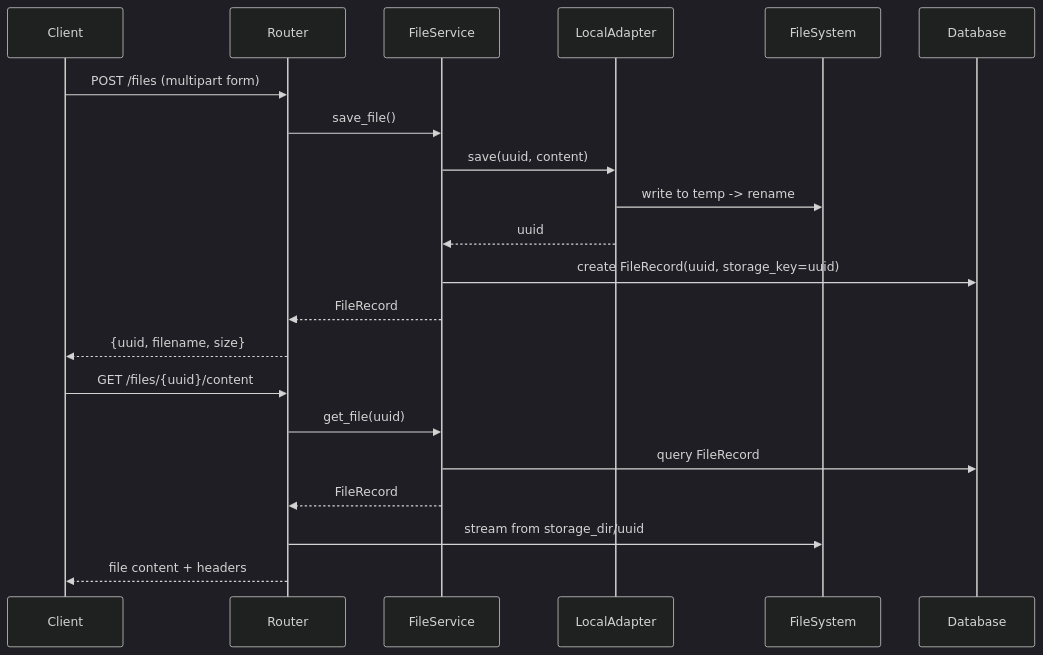
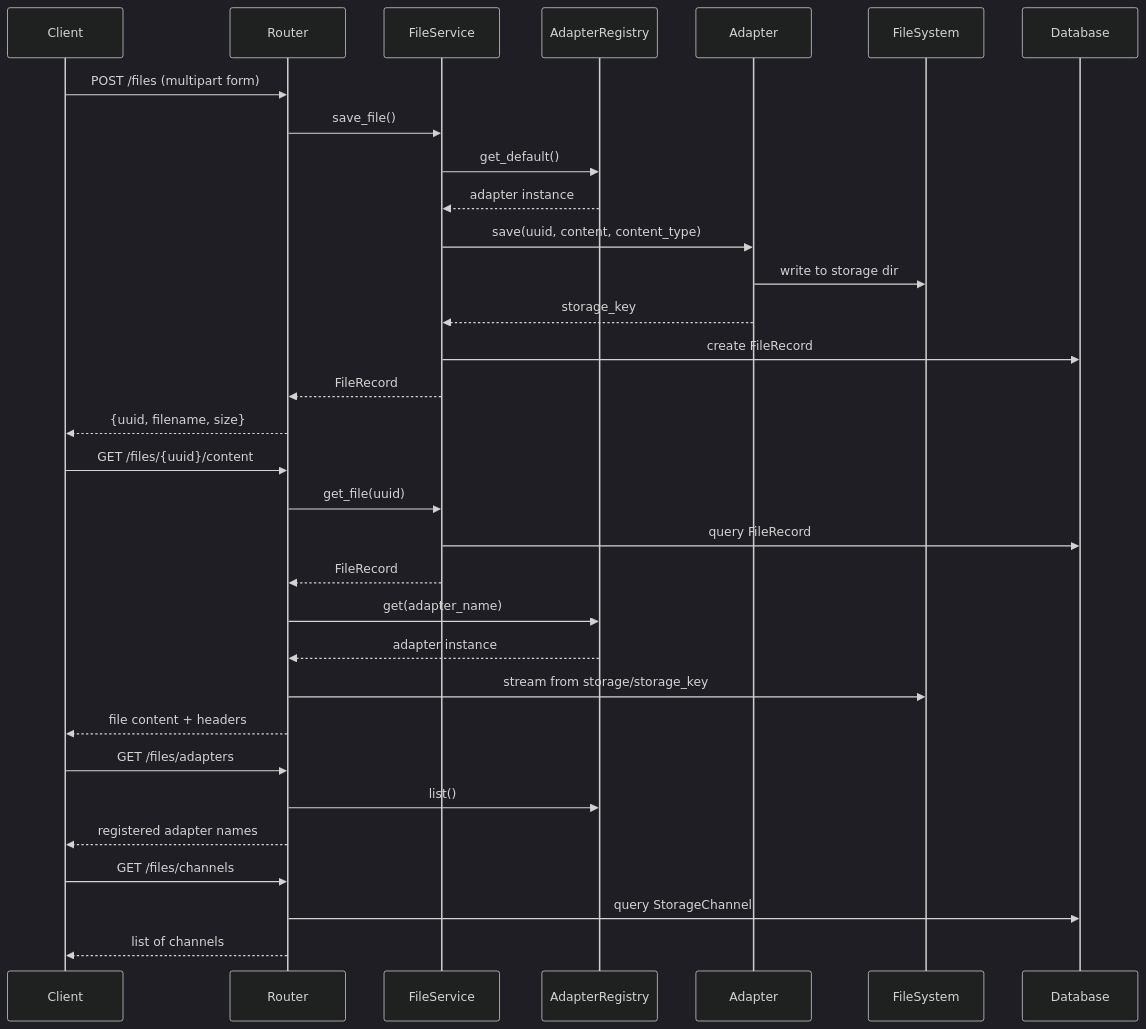
The second of 5 diagrams in README.md (Jonas1015/chacc-file-manager), drawn with Mermaid (dark theme) before and after one commit. The commit also changed other lines of this file and 2 other files, not shown here.

First line of the commit message:
feat: implement chacc-file-manager module with UUID-based storage

````diff
--- a/README.md
+++ b/README.md
@@ -78,25 +78,38 @@
 ```mermaid
 sequenceDiagram
     participant Client
     participant Router
     participant FileService
-    participant LocalAdapter
+    participant AdapterRegistry
+    participant Adapter
     participant FileSystem
     participant Database
 
     Client->>Router: POST /files (multipart form)
     Router->>FileService: save_file()
-    FileService->>LocalAdapter: save(uuid, content)
-    LocalAdapter->>FileSystem: write to temp -> rename
-    LocalAdapter-->>FileService: uuid
-    FileService->>Database: create FileRecord(uuid, storage_key=uuid)
+    FileService->>AdapterRegistry: get_default()
+    AdapterRegistry-->>FileService: adapter instance
+    FileService->>Adapter: save(uuid, content, content_type)
+    Adapter->>FileSystem: write to storage dir
+    Adapter-->>FileService: storage_key
+    FileService->>Database: create FileRecord
     FileService-->>Router: FileRecord
     Router-->>Client: {uuid, filename, size}
 
     Client->>Router: GET /files/{uuid}/content
     Router->>FileService: get_file(uuid)
     FileService->>Database: query FileRecord
     FileService-->>Router: FileRecord
-    Router->>FileSystem: stream from storage_dir/uuid
+    Router->>AdapterRegistry: get(adapter_name)
+    AdapterRegistry-->>Router: adapter instance
+    Router->>FileSystem: stream from storage/storage_key
     Router-->>Client: file content + headers
+
+    Client->>Router: GET /files/adapters
+    Router->>AdapterRegistry: list()
+    Router-->>Client: registered adapter names
+
+    Client->>Router: GET /files/channels
+    Router->>Database: query StorageChannel
+    Router-->>Client: list of channels
 ```
````
